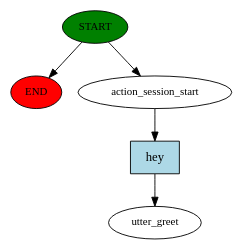
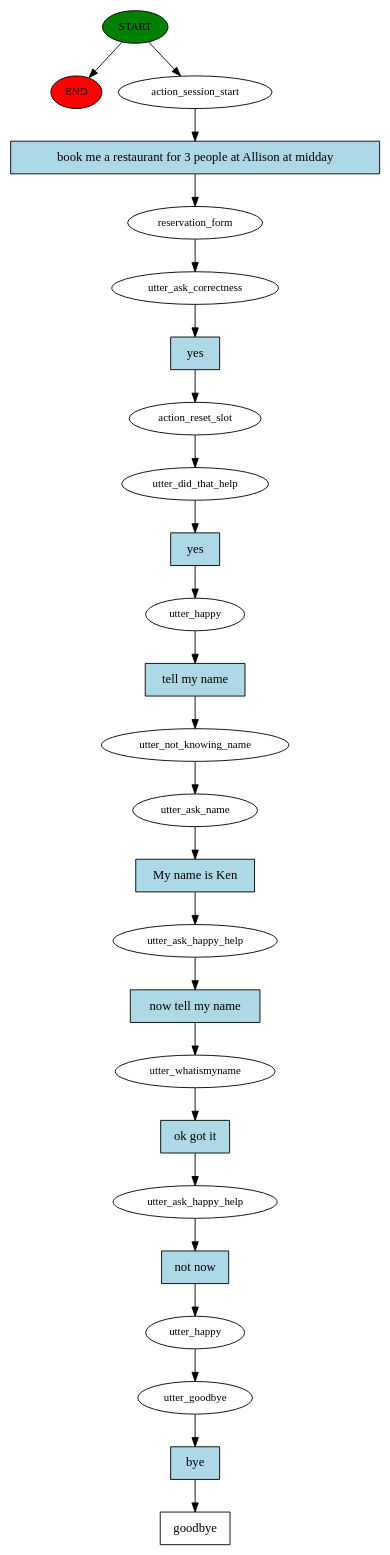
One commit to ShafeekSaleem/ConversationalAI_ReservationBot changed the diagram in story_graph.dot. Above: the diagram before and after it, drawn with Graphviz. The commit also changed 4 other files, not shown here.

Commit message:
more stories for ask_my_name

```diff
--- a/story_graph.dot
+++ b/story_graph.dot
@@ -1,11 +1,51 @@
 digraph  {
 0 [class="start active", fillcolor=green, fontsize=12, label=START, style=filled];
 "-1" [class=end, fillcolor=red, fontsize=12, label=END, style=filled];
 1 [class=active, fontsize=12, label=action_session_start];
-2 [class="dashed active", fontsize=12, label=utter_greet];
-3 [class="intent active", fillcolor=lightblue, label=hey, shape=rect, style=filled];
+2 [class=active, fontsize=12, label=reservation_form];
+3 [class=active, fontsize=12, label=utter_ask_correctness];
+4 [class=active, fontsize=12, label=action_reset_slot];
+5 [class=active, fontsize=12, label=utter_did_that_help];
+6 [class=active, fontsize=12, label=utter_happy];
+7 [class=active, fontsize=12, label=utter_not_knowing_name];
+8 [class=active, fontsize=12, label=utter_ask_name];
+9 [class=active, fontsize=12, label=utter_ask_happy_help];
+10 [class=active, fontsize=12, label=utter_whatismyname];
+11 [class=active, fontsize=12, label=utter_ask_happy_help];
+12 [class=active, fontsize=12, label=utter_happy];
+13 [class=active, fontsize=12, label=utter_goodbye];
+14 [class="intent dashed active", label=goodbye, shape=rect];
+15 [class="intent active", fillcolor=lightblue, label="book me a restaurant for 3 people at Allison at midday", shape=rect, style=filled];
+16 [class="intent active", fillcolor=lightblue, label=yes, shape=rect, style=filled];
+17 [class="intent active", fillcolor=lightblue, label=yes, shape=rect, style=filled];
+18 [class="intent active", fillcolor=lightblue, label="tell my name", shape=rect, style=filled];
+19 [class="intent active", fillcolor=lightblue, label="My name is Ken", shape=rect, style=filled];
+20 [class="intent active", fillcolor=lightblue, label="now tell my name", shape=rect, style=filled];
+21 [class="intent active", fillcolor=lightblue, label="ok got it", shape=rect, style=filled];
+22 [class="intent active", fillcolor=lightblue, label="not now", shape=rect, style=filled];
+23 [class="intent active", fillcolor=lightblue, label=bye, shape=rect, style=filled];
 0 -> "-1"  [class="", key=NONE, label=""];
 0 -> 1  [class=active, key=NONE, label=""];
-1 -> 3  [class=active, key=0];
-3 -> 2  [class=active, key=0];
+1 -> 15  [class=active, key=0];
+2 -> 3  [class=active, key=NONE, label=""];
+3 -> 16  [class=active, key=0];
+4 -> 5  [class=active, key=NONE, label=""];
+5 -> 17  [class=active, key=0];
+6 -> 18  [class=active, key=0];
+7 -> 8  [class=active, key=NONE, label=""];
+8 -> 19  [class=active, key=0];
+9 -> 20  [class=active, key=0];
+10 -> 21  [class=active, key=0];
+11 -> 22  [class=active, key=0];
+12 -> 13  [class=active, key=NONE, label=""];
+13 -> 23  [class=active, key=0];
+15 -> 2  [class=active, key=0];
+16 -> 4  [class=active, key=0];
+17 -> 6  [class=active, key=0];
+18 -> 7  [class=active, key=0];
+19 -> 9  [class=active, key=0];
+20 -> 10  [class=active, key=0];
+21 -> 11  [class=active, key=0];
+22 -> 12  [class=active, key=0];
+23 -> 14  [class=active, key=0];
 }
```
